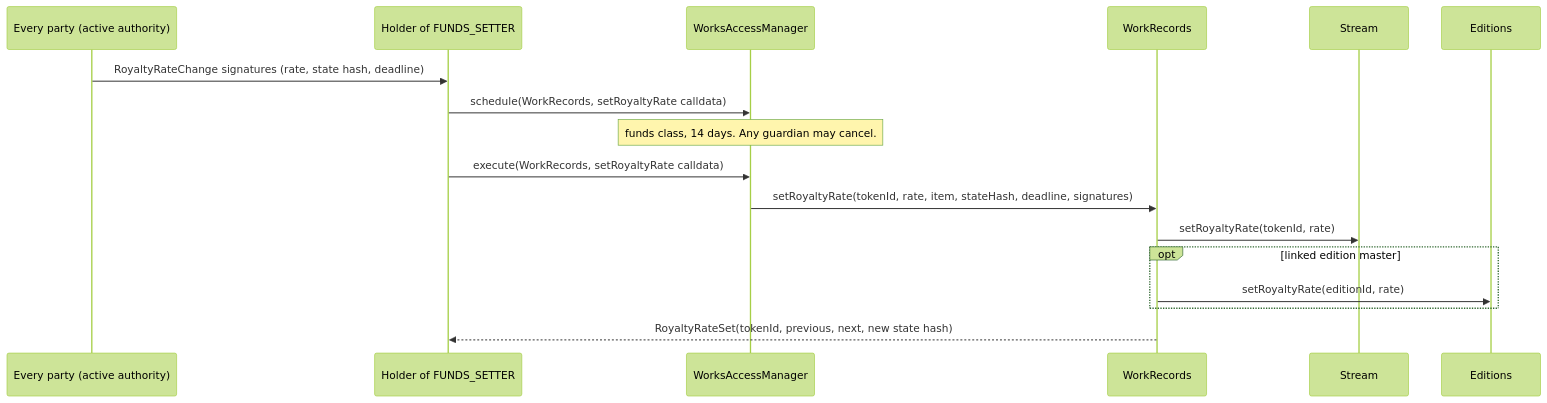
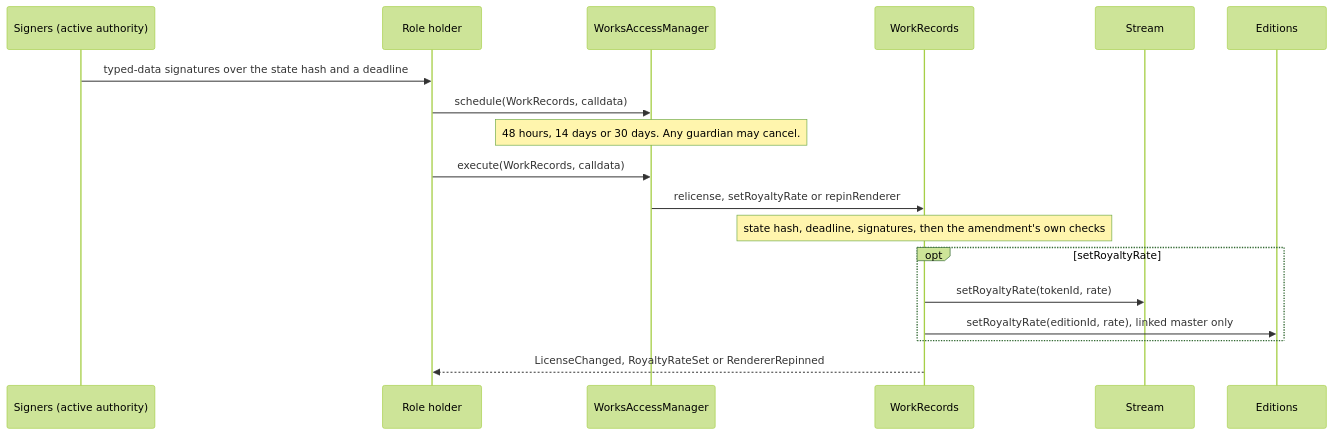
Before and after one commit to 6529-Collections/6529-works: the eighth of 9 diagrams in docs/spec/works-and-storage.md, drawn with Mermaid (forest theme). The commit also changed other lines of this file and 36 other files, not shown here.

````diff
--- a/docs/spec/works-and-storage.md
+++ b/docs/spec/works-and-storage.md
@@ -418,19 +340,20 @@
 ```mermaid
 sequenceDiagram
-    participant Pa as Every party (active authority)
-    participant G as Holder of FUNDS_SETTER
+    participant Pa as Signers (active authority)
+    participant G as Role holder
     participant M as WorksAccessManager
     participant WR as WorkRecords
     participant S as Stream
     participant E as Editions
-    Pa->>G: RoyaltyRateChange signatures (rate, state hash, deadline)
-    G->>M: schedule(WorkRecords, setRoyaltyRate calldata)
-    Note over M: funds class, 14 days. Any guardian may cancel.
-    G->>M: execute(WorkRecords, setRoyaltyRate calldata)
-    M->>WR: setRoyaltyRate(tokenId, rate, item, stateHash, deadline, signatures)
-    WR->>S: setRoyaltyRate(tokenId, rate)
-    opt linked edition master
-        WR->>E: setRoyaltyRate(editionId, rate)
+    Pa->>G: typed-data signatures over the state hash and a deadline
+    G->>M: schedule(WorkRecords, calldata)
+    Note over M: 48 hours, 14 days or 30 days. Any guardian may cancel.
+    G->>M: execute(WorkRecords, calldata)
+    M->>WR: relicense, setRoyaltyRate or repinRenderer
+    Note over WR: state hash, deadline, signatures, then the amendment's own checks
+    opt setRoyaltyRate
+        WR->>S: setRoyaltyRate(tokenId, rate)
+        WR->>E: setRoyaltyRate(editionId, rate), linked master only
     end
-    WR-->>G: RoyaltyRateSet(tokenId, previous, next, new state hash)
+    WR-->>G: LicenseChanged, RoyaltyRateSet or RendererRepinned
 ```
````
